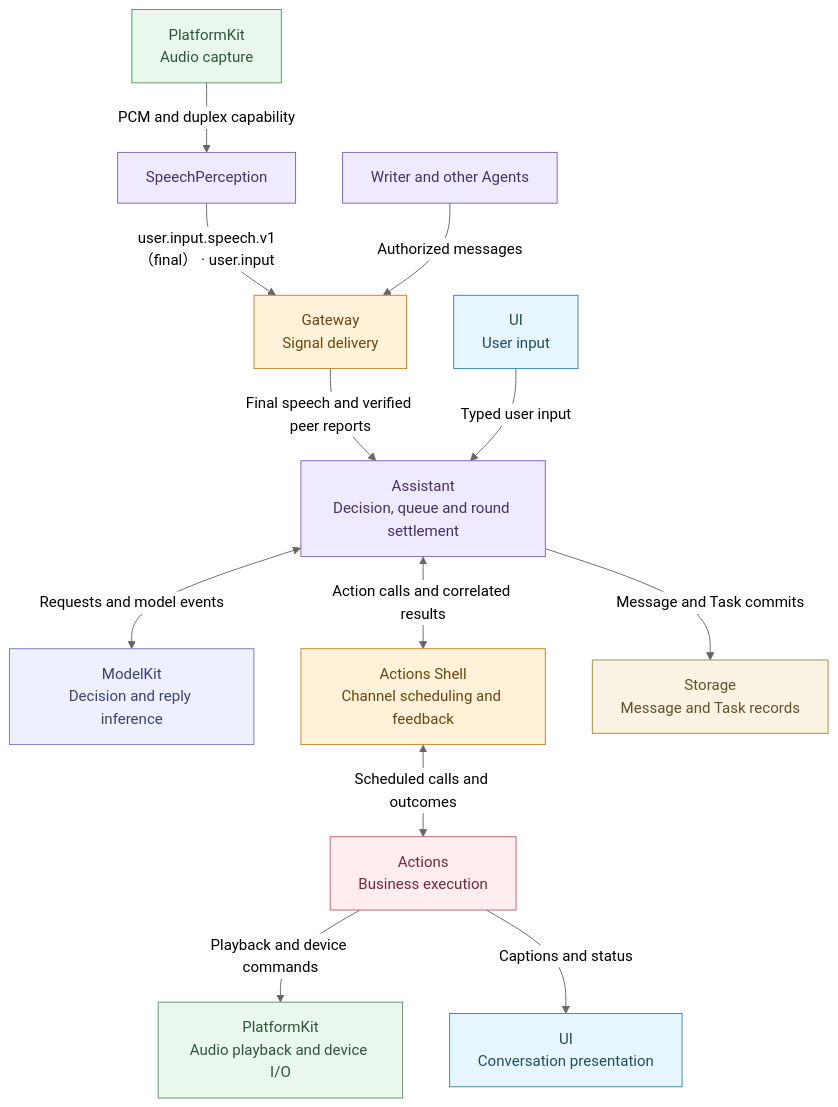
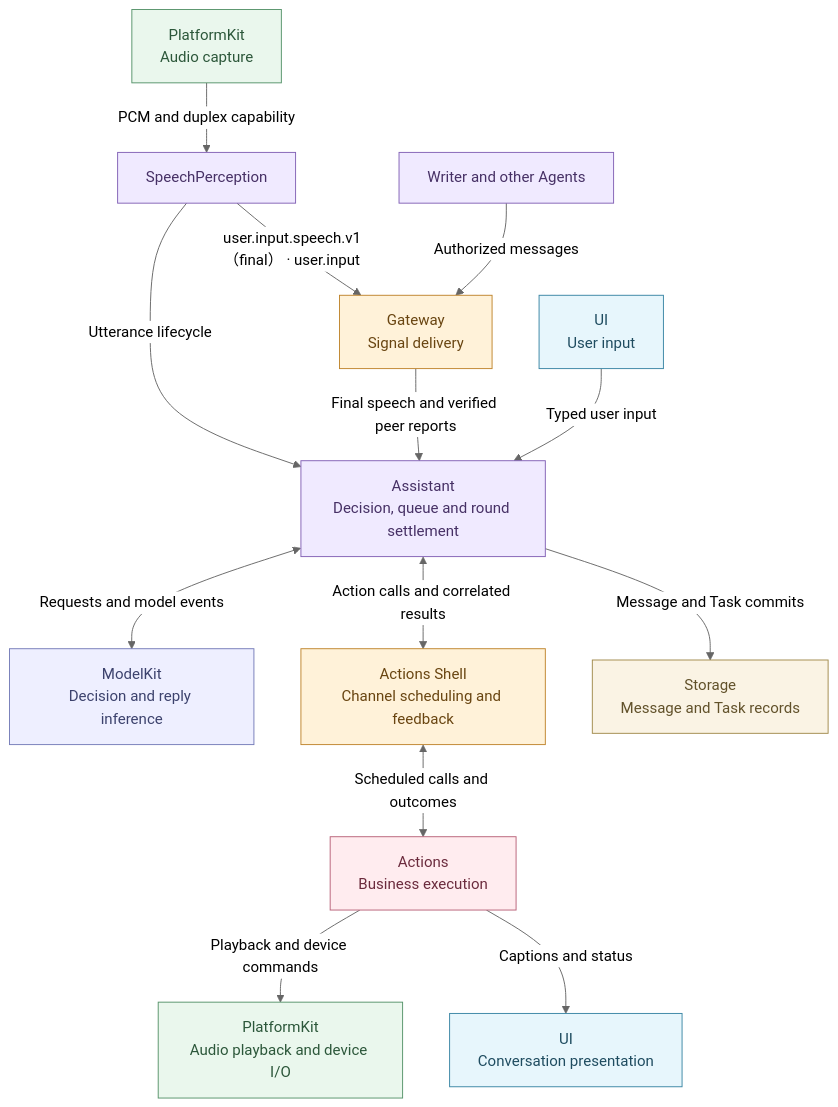
Before and after one commit to devilyouwei/MobileHarness: diagram 18 of 27 in MobileHarness/README.md, drawn with Mermaid (neutral theme). The commit also changed other lines of this file and 127 other files, not shown here.

````diff
--- a/MobileHarness/README.md
+++ b/MobileHarness/README.md
@@ -1129,33 +1130,34 @@
 ```mermaid
 flowchart TB
     Capture["PlatformKit<br/>Audio capture"]:::platform
     Speech["SpeechPerception"]:::agent
     Peers["Writer and other Agents"]:::agent
     Input["UI<br/>User input"]:::ui
     Signals["Gateway<br/>Signal delivery"]:::gateway
     Assistant["Assistant<br/>Decision, queue and round settlement"]:::agent
     Models["ModelKit<br/>Decision and reply inference"]:::model
     Execution["Actions Shell<br/>Channel scheduling and feedback"]:::gateway
     Effects["Actions<br/>Business execution"]:::action
     Device["PlatformKit<br/>Audio playback and device I/O"]:::platform
     Presentation["UI<br/>Conversation presentation"]:::ui
     Records["Storage<br/>Message and Task records"]:::storage
     Capture -->|"PCM and duplex capability"| Speech
+    Speech -->|"Utterance lifecycle"| Assistant
     Speech -->|"user.input.speech.v1（final） · user.input"| Signals
     Peers -->|"Authorized messages"| Signals
     Signals -->|"Final speech and verified peer reports"| Assistant
     Input -->|"Typed user input"| Assistant
     Assistant <-->|"Requests and model events"| Models
     Assistant <-->|"Action calls and correlated results"| Execution
     Execution <-->|"Scheduled calls and outcomes"| Effects
     Effects -->|"Playback and device commands"| Device
     Effects -->|"Captions and status"| Presentation
     Assistant -->|"Message and Task commits"| Records
     classDef agent fill:#f0eaff,stroke:#8261b5,color:#463065
     classDef gateway fill:#fff2d9,stroke:#bf842c,color:#694511
     classDef action fill:#ffecef,stroke:#b86178,color:#6b2b3d
     classDef ui fill:#e7f6fc,stroke:#3985a4,color:#1f4c60
     classDef platform fill:#eaf7ed,stroke:#56936a,color:#2c573a
     classDef model fill:#eeefff,stroke:#747bb8,color:#3c426d
     classDef storage fill:#faf3e4,stroke:#a18a4c,color:#61512a
 ```
````
